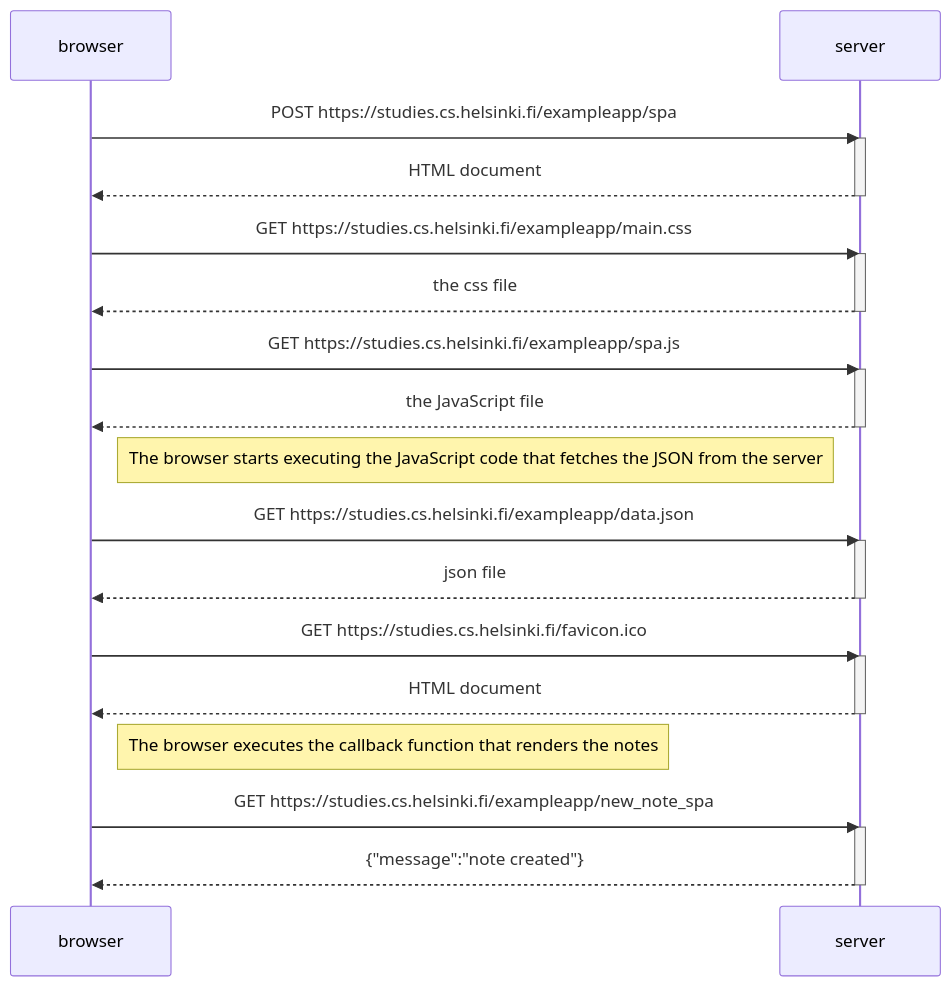
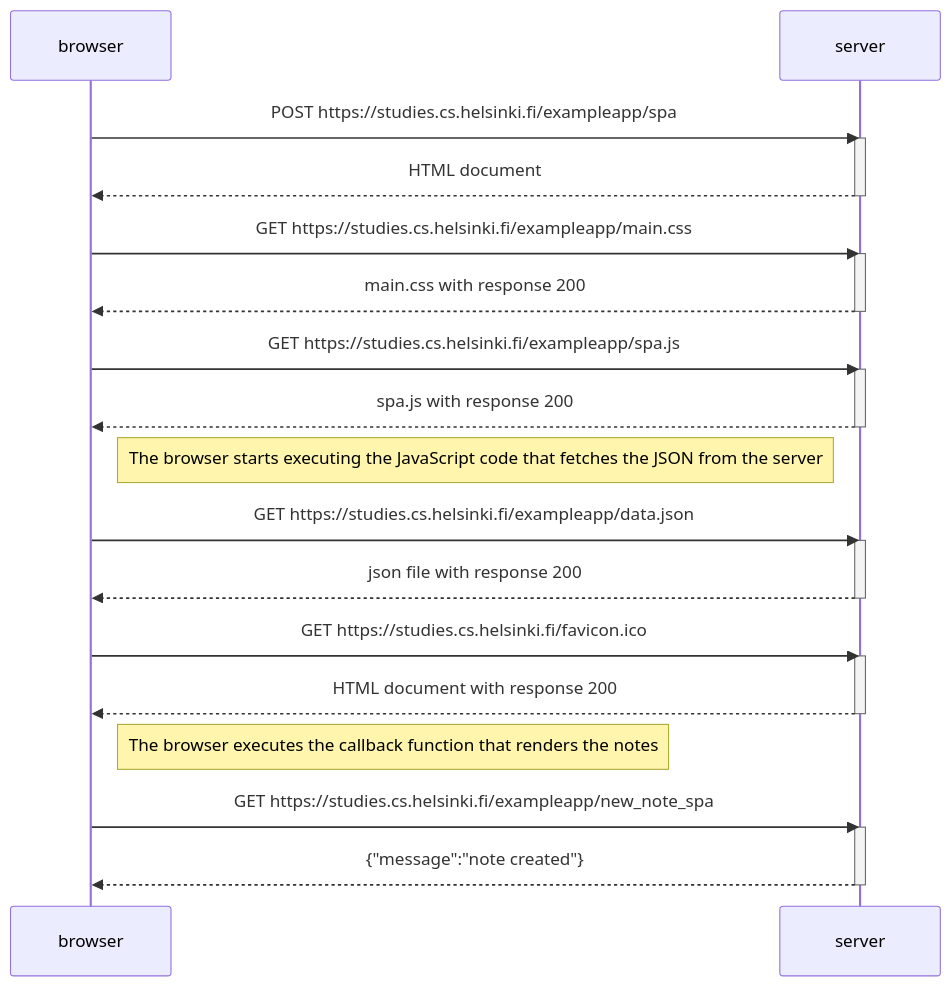
The diagram in part0/0.6.md (helenesauve/helsinki-fullstack-mooc), drawn with Mermaid before and after one commit. The commit also changed 2 other files, not shown here.

Commit message:
tidying up format

````diff
--- a/part0/0.6.md
+++ b/part0/0.6.md
@@ -1,40 +1,40 @@
 ```mermaid
 sequenceDiagram
     participant browser
     participant server
 
    browser->>server: POST https://studies.cs.helsinki.fi/exampleapp/spa
     activate server
     server-->>browser: HTML document
     deactivate server
 
     browser->>server: GET https://studies.cs.helsinki.fi/exampleapp/main.css
     activate server
-    server-->>browser: the css file
+    server-->>browser: main.css with response 200
     deactivate server
 
     browser->>server: GET https://studies.cs.helsinki.fi/exampleapp/spa.js
     activate server
-    server-->>browser: the JavaScript file
+    server-->>browser: spa.js with response 200
     deactivate server
 
     Note right of browser: The browser starts executing the JavaScript code that fetches the JSON from the server
 
     browser->>server: GET https://studies.cs.helsinki.fi/exampleapp/data.json
     activate server
-    server-->>browser: json file
+    server-->>browser: json file with response 200
     deactivate server
 
     browser->>server: GET https://studies.cs.helsinki.fi/favicon.ico
     activate server
-    server-->>browser: HTML document
+    server-->>browser: HTML document with response 200
     deactivate server
 
     Note right of browser: The browser executes the callback function that renders the notes
 
     browser->>server: GET https://studies.cs.helsinki.fi/exampleapp/new_note_spa
     activate server
     server-->>browser: {"message":"note created"}
     deactivate server
 
 ```
````
